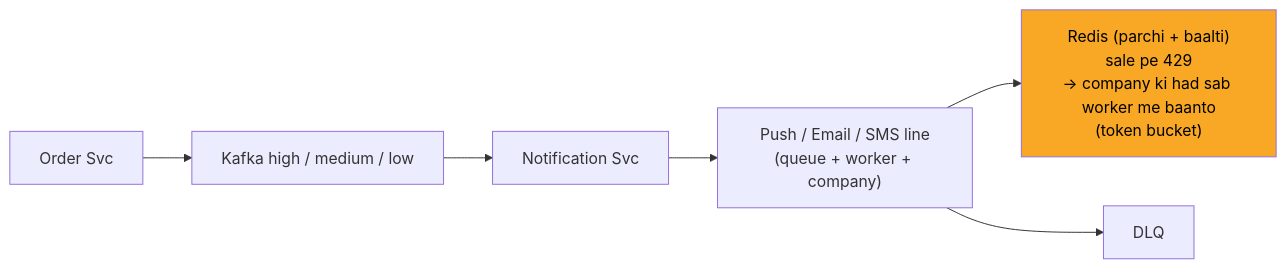
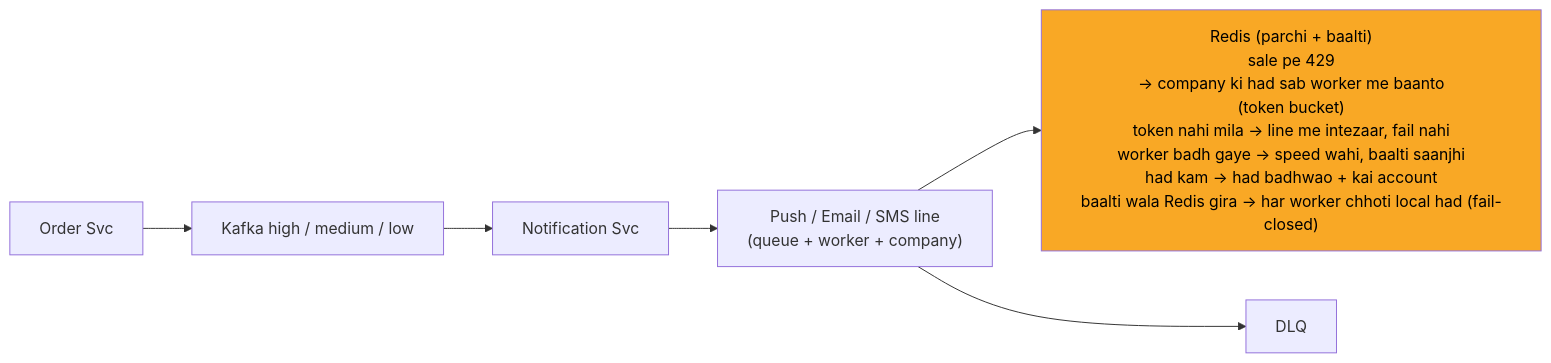
Before and after one commit to ArpanMaheshwari144/Prep: the ninth of 13 diagrams in 04_HLD/SYSTEM_DESIGNS/04_notification_system/04_notification_system.md, drawn with Mermaid. The commit also changed other lines of this file and 12 other files, not shown here.

Commit message:
hld 02-14: peele dabbe me SAFAR ke mod + diagram chauda (wrappingWidth 450)

````diff
--- a/04_HLD/SYSTEM_DESIGNS/04_notification_system/04_notification_system.md
+++ b/04_HLD/SYSTEM_DESIGNS/04_notification_system/04_notification_system.md
@@ -362,15 +370,16 @@
 ```mermaid
+%%{init: {"flowchart": {"wrappingWidth": 450}}}%%
 flowchart LR
     n_Order_Svc["Order Svc"]
     n_Kafka["Kafka high / medium / low"]
     n_Notification_Svc["Notification Svc"]
     n_LINES["Push / Email / SMS line<br/>(queue + worker + company)"]
-    n_Redis["Redis (parchi + baalti)<br/>sale pe 429<br/>-> company ki had sab worker me baanto<br/>(token bucket)"]
+    n_Redis["Redis (parchi + baalti)<br/>sale pe 429<br/>-> company ki had sab worker me baanto<br/>(token bucket)<br/>token nahi mila -> line me intezaar, fail nahi<br/>worker badh gaye -> speed wahi, baalti saanjhi<br/>had kam -> had badhwao + kai account<br/>baalti wala Redis gira -> har worker chhoti local had (fail-closed)"]
     n_DLQ["DLQ"]
     n_Order_Svc --> n_Kafka
     n_Kafka --> n_Notification_Svc
     n_Notification_Svc --> n_LINES
     n_LINES --> n_Redis
     n_LINES --> n_DLQ
     style n_Redis fill:#f9a825,color:#000
 ```
````
